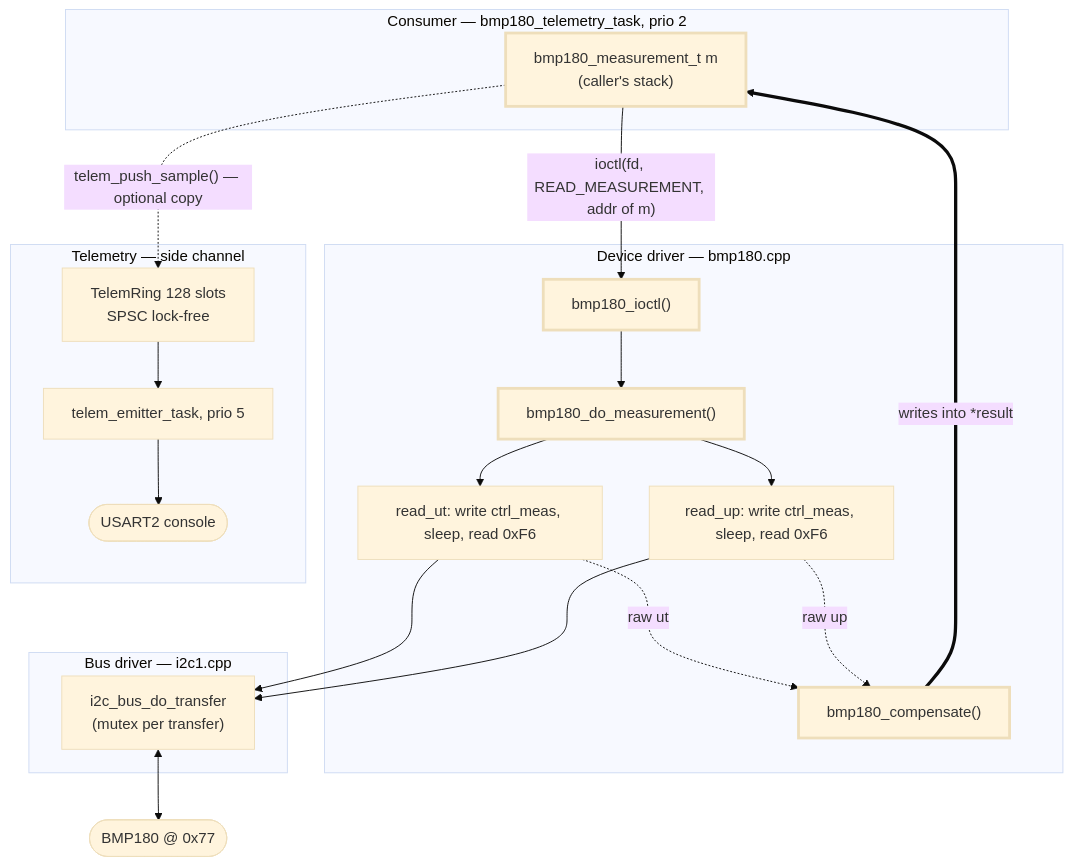
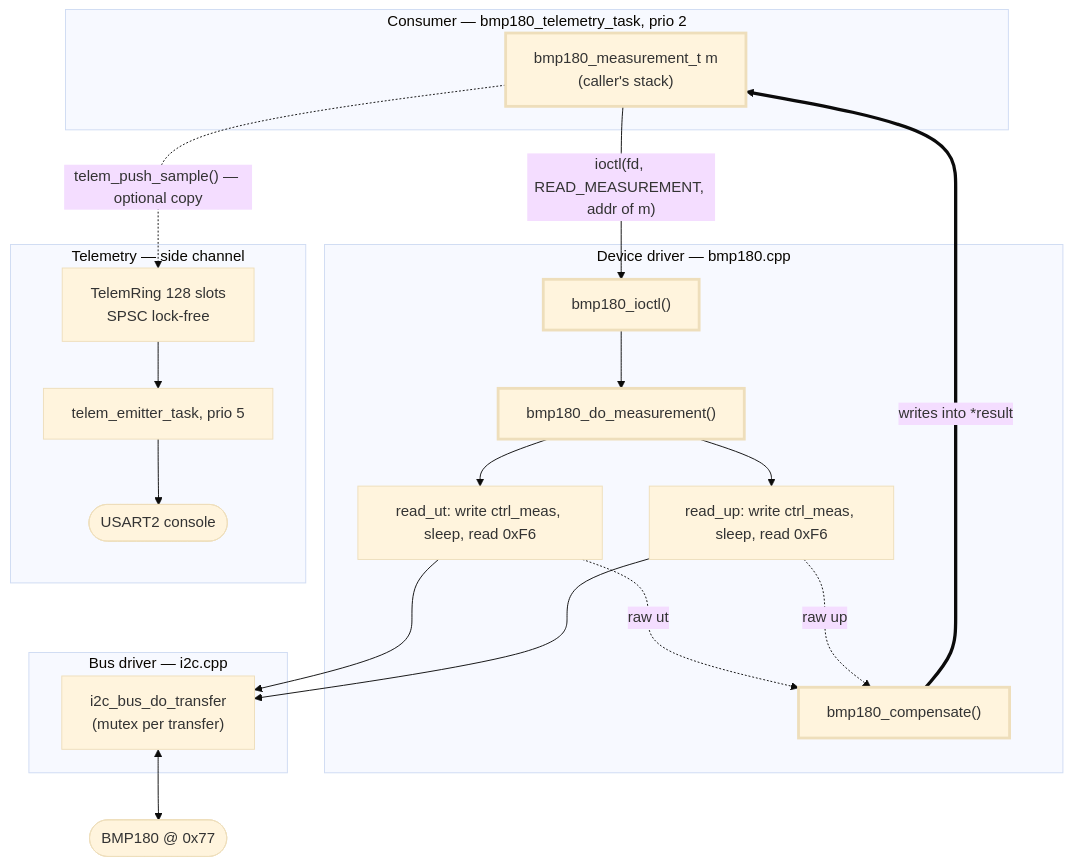
One commit to AlbertoFurlan20/ES2025 changed the first of 2 diagrams in B_docs/ARCHITECTURE.md. Above: the diagram before and after it, drawn with Mermaid (base theme). The commit also changed 4 other files, not shown here.

````diff
--- a/B_docs/ARCHITECTURE.md
+++ b/B_docs/ARCHITECTURE.md
@@ -27,40 +27,40 @@
 ```mermaid
 flowchart TD
     subgraph consumer["Consumer — bmp180_telemetry_task, prio 2"]
         M["bmp180_measurement_t m<br/>(caller's stack)"]
     end
 
     subgraph driver["Device driver — bmp180.cpp"]
         IOCTL["bmp180_ioctl()"]
         DM["bmp180_do_measurement()"]
         UT["read_ut: write ctrl_meas, sleep, read 0xF6"]
         UP["read_up: write ctrl_meas, sleep, read 0xF6"]
         COMP["bmp180_compensate()"]
     end
 
-    subgraph bus["Bus driver — i2c1.cpp"]
+    subgraph bus["Bus driver — i2c.cpp"]
         XFER["i2c_bus_do_transfer<br/>(mutex per transfer)"]
     end
 
     HW(["BMP180 @ 0x77"])
 
     subgraph telem["Telemetry — side channel"]
         RING["TelemRing 128 slots<br/>SPSC lock-free"]
         EMIT["telem_emitter_task, prio 5"]
         OUT(["USART2 console"])
     end
 
     M -->|"ioctl(fd, READ_MEASUREMENT, addr of m)"| IOCTL
     IOCTL --> DM
     DM --> UT --> XFER
     DM --> UP --> XFER
     XFER <--> HW
     UT -.raw ut.-> COMP
     UP -.raw up.-> COMP
     COMP ==>|"writes into *result"| M
     M -.->|"telem_push_sample() — optional copy"| RING
     RING --> EMIT --> OUT
 
     classDef hot stroke-width:3px
     class M,IOCTL,DM,COMP hot
 ```
````
